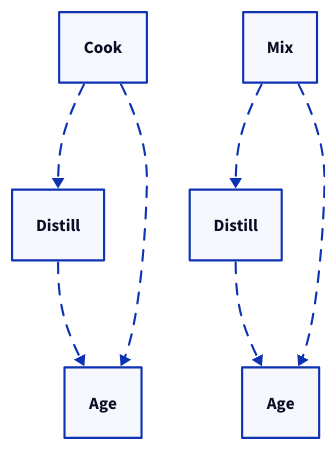
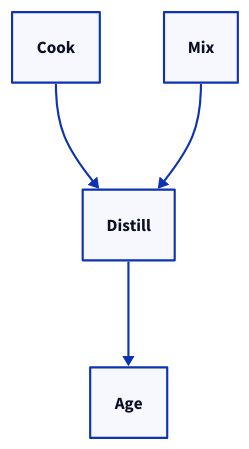
One commit to BreweryTeam/TheBrewingProject-Documentation changed the diagram in src/content/docs/docs/for-server-owners/guides/creating-a-recipe.mdx. Above: the diagram before and after it, drawn with D2. The commit also changed other lines of this file and 1 other file, not shown here.

Commit message:
address recent findings

````diff
--- a/src/content/docs/docs/for-server-owners/guides/creating-a-recipe.mdx
+++ b/src/content/docs/docs/for-server-owners/guides/creating-a-recipe.mdx
@@ -121,21 +123,13 @@
 ```d2 sketch pad=50 animated
 direction: down
 
-# Cook
 cook: Cook
-distill_cook_path: Distill
-age_cook_path: Age
+mix: Mix
+distill: Distill
+age: Age
 
-cook -> distill_cook_path { style.animated: true }
-distill_cook_path -> age_cook_path { style.animated: true }
-cook -> age_cook_path { style.animated: true }
+cook -> distill
+mix -> distill
+distill -> age
 
-# Mix
-mix: Mix
-distill_mix_path: Distill
-age_mix_path: Age
-
-mix -> distill_mix_path { style.animated: true }
-distill_mix_path -> age_mix_path { style.animated: true }
-mix -> age_mix_path { style.animated: true }
 ```
````
